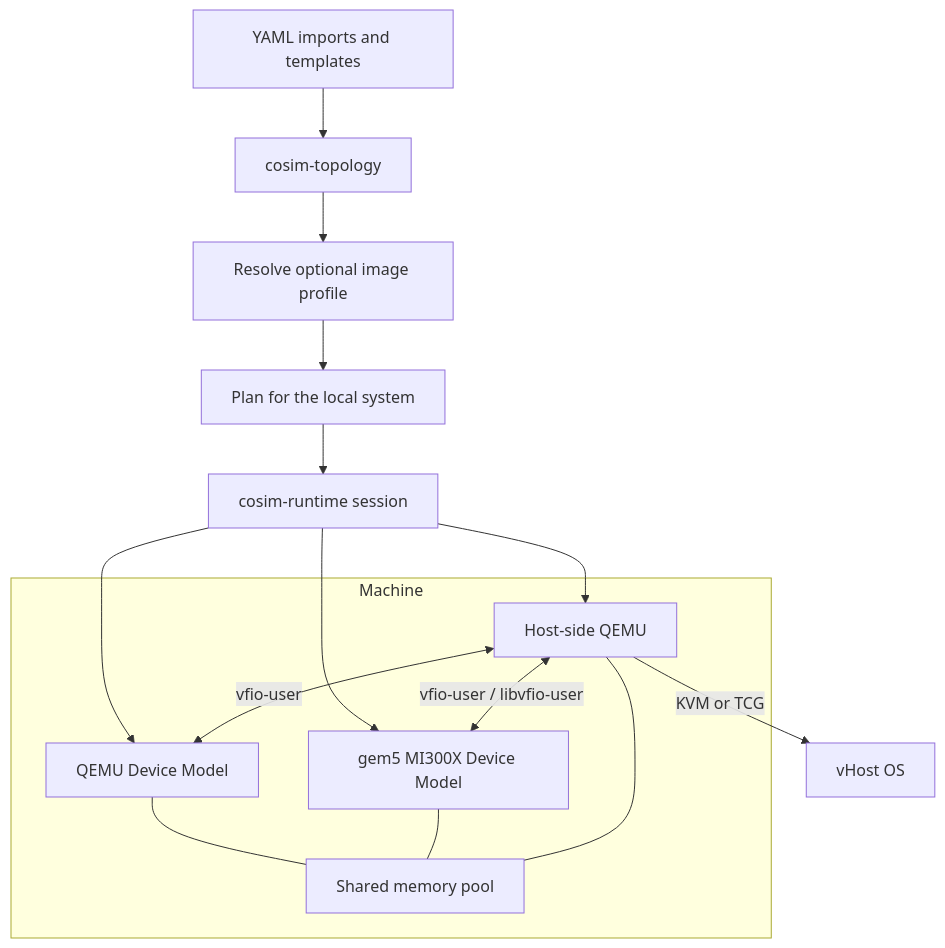
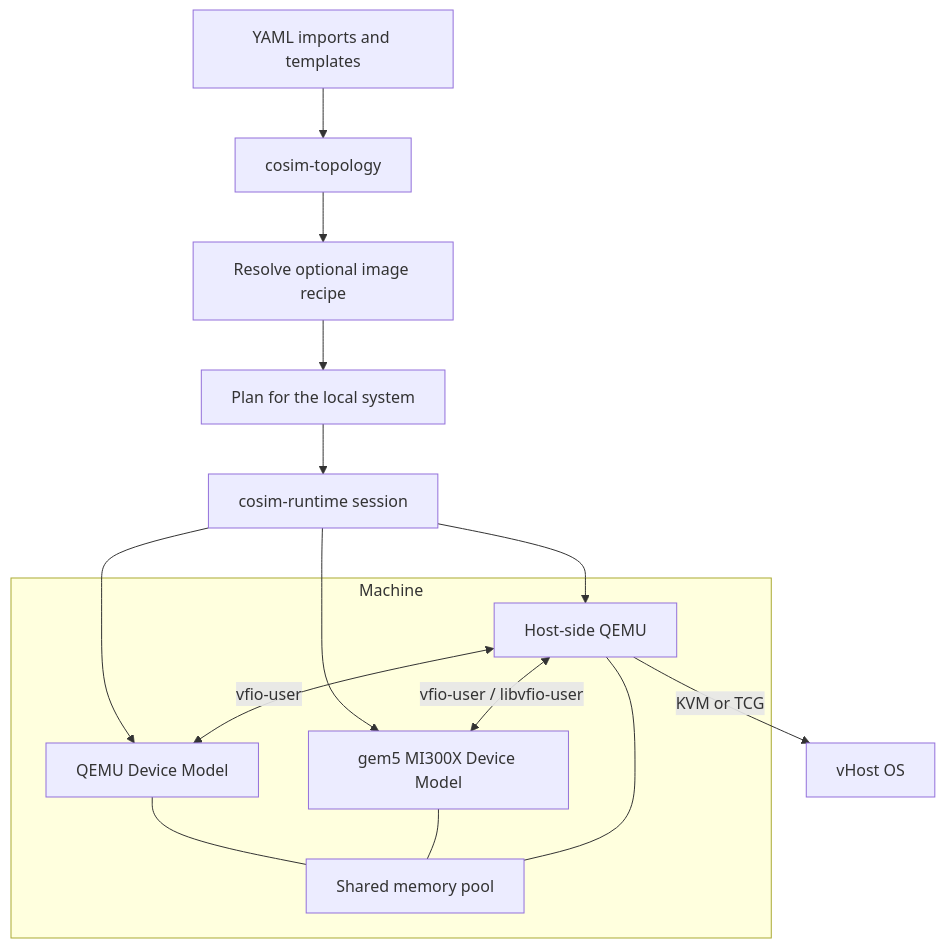
The first of 3 diagrams in docs/en/architecture.md (chengchen512/cosim-gpu), drawn with Mermaid before and after one commit. The commit also changed other lines of this file and 20 other files, not shown here.

````diff
--- a/docs/en/architecture.md
+++ b/docs/en/architecture.md
@@ -27,22 +27,22 @@
 ```mermaid
 flowchart TD
     Y[YAML imports and templates] --> T[cosim-topology]
-    T --> I[Resolve optional image profile]
+    T --> I[Resolve optional image recipe]
     I --> P[Plan for the local system]
     P --> R[cosim-runtime session]
     subgraph M[Machine]
         H[Host-side QEMU]
         G[gem5 MI300X Device Model]
         Q[QEMU Device Model]
         F[Shared memory pool]
         H <-->|vfio-user / libvfio-user| G
         H <-->|vfio-user| Q
         H --- F
         G --- F
         Q --- F
     end
     R --> H
     R --> G
     R --> Q
     H -->|KVM or TCG| V[vHost OS]
 ```
````
